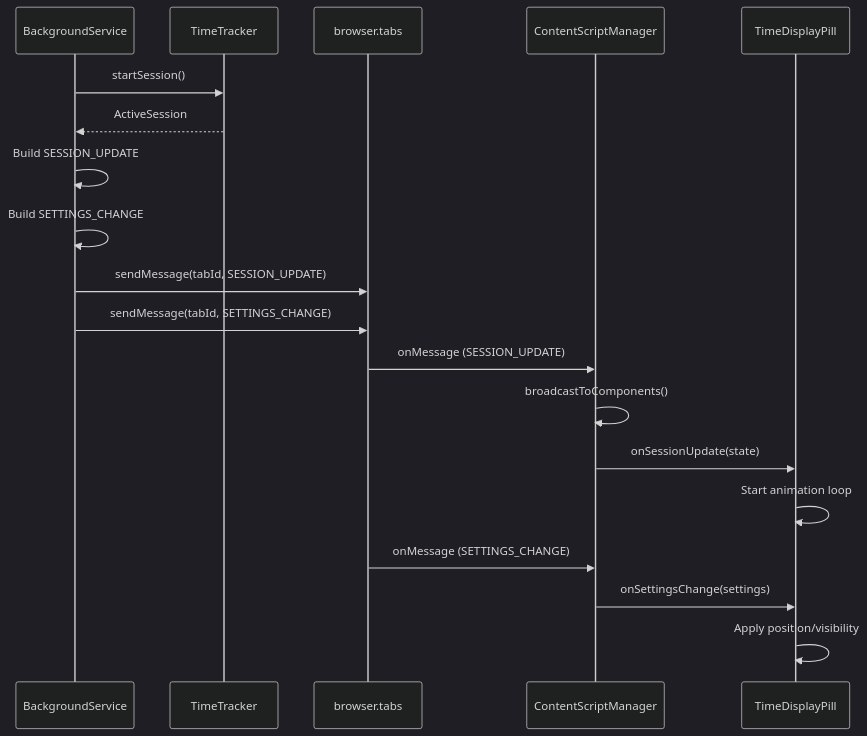
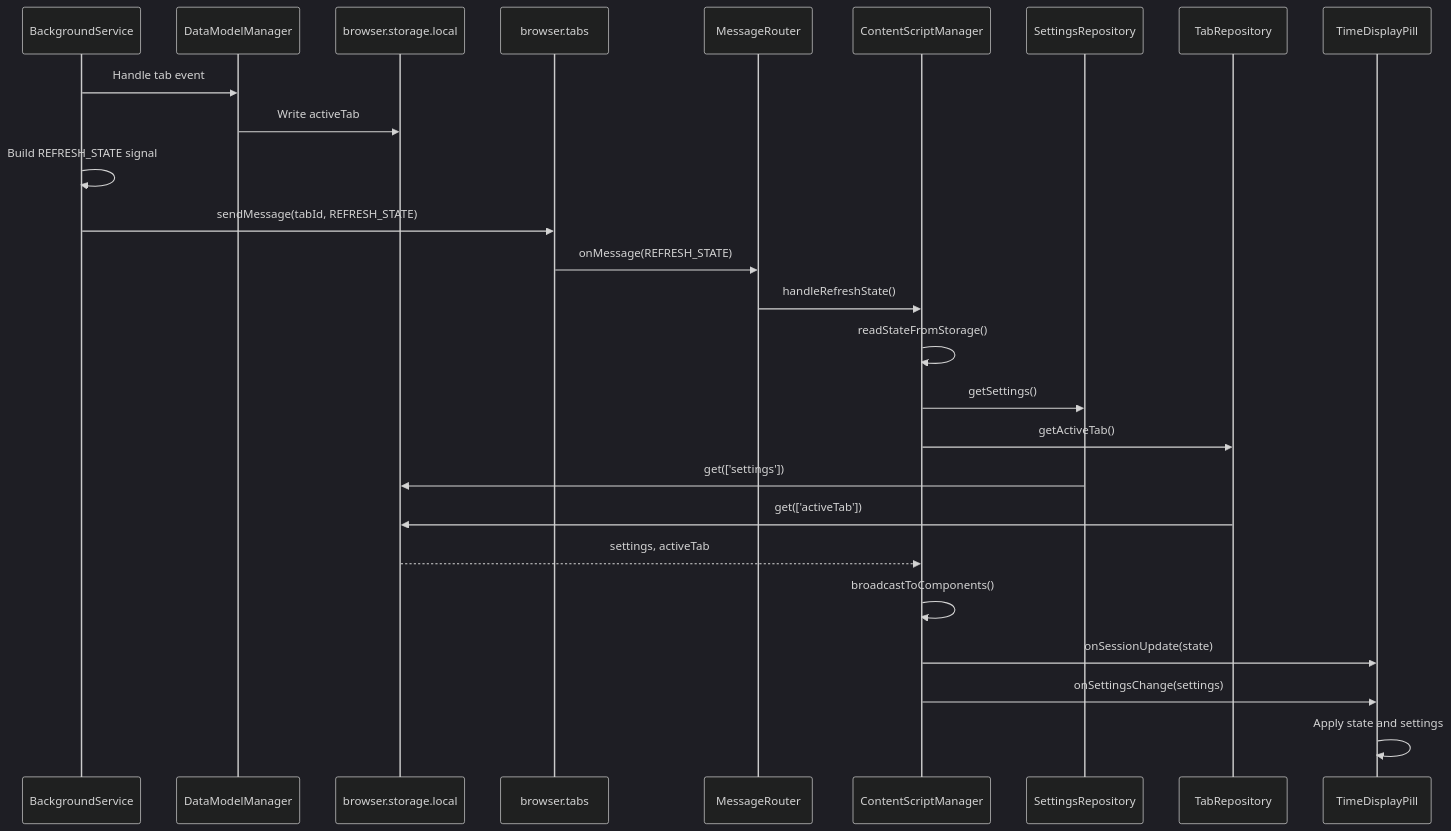
Before and after one commit to JayDosunmu/web-time-tracker: the eighth of 11 diagrams in docs/architecture-dataflow.md, drawn with Mermaid (dark theme). The commit also changed other lines of this file and 4 other files, not shown here.

Commit message:
Update architecture documentation

````diff
--- a/docs/architecture-dataflow.md
+++ b/docs/architecture-dataflow.md
@@ -373,22 +383,29 @@
 ```mermaid
 sequenceDiagram
     participant BS as BackgroundService
-    participant TT as TimeTracker
+    participant DMM as DataModelManager
+    participant Storage as browser.storage.local
     participant RT as browser.tabs
+    participant MR as MessageRouter
     participant CS as ContentScriptManager
+    participant SR as SettingsRepository
+    participant TR as TabRepository
     participant TDP as TimeDisplayPill
 
-    BS->>TT: startSession()
-    TT-->>BS: ActiveSession
-    BS->>BS: Build SESSION_UPDATE
-    BS->>BS: Build SETTINGS_CHANGE
-    BS->>RT: sendMessage(tabId, SESSION_UPDATE)
-    BS->>RT: sendMessage(tabId, SETTINGS_CHANGE)
-    RT->>CS: onMessage (SESSION_UPDATE)
+    BS->>DMM: Handle tab event
+    DMM->>Storage: Write activeTab
+    BS->>BS: Build REFRESH_STATE signal
+    BS->>RT: sendMessage(tabId, REFRESH_STATE)
+    RT->>MR: onMessage(REFRESH_STATE)
+    MR->>CS: handleRefreshState()
+    CS->>CS: readStateFromStorage()
+    CS->>SR: getSettings()
+    CS->>TR: getActiveTab()
+    SR->>Storage: get(['settings'])
+    TR->>Storage: get(['activeTab'])
+    Storage-->>CS: settings, activeTab
     CS->>CS: broadcastToComponents()
     CS->>TDP: onSessionUpdate(state)
-    TDP->>TDP: Start animation loop
-    RT->>CS: onMessage (SETTINGS_CHANGE)
     CS->>TDP: onSettingsChange(settings)
-    TDP->>TDP: Apply position/visibility
+    TDP->>TDP: Apply state and settings
 ```
````
